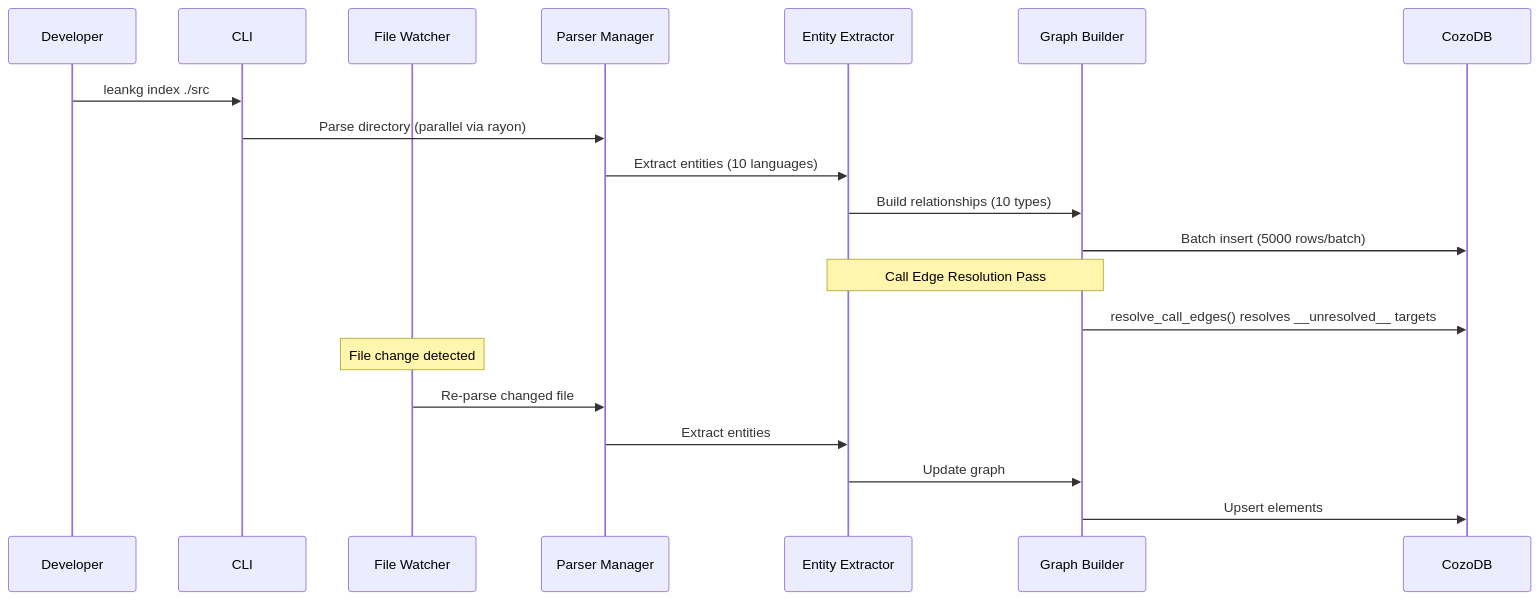
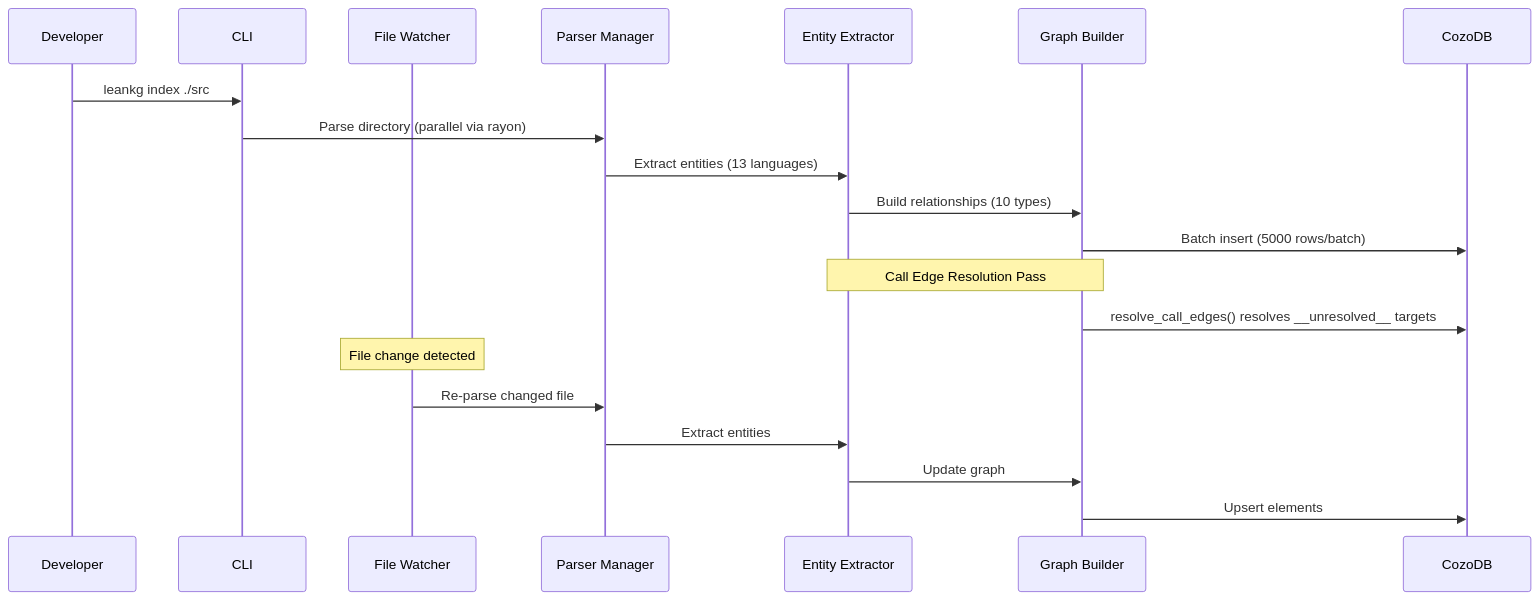
The fifth of 13 diagrams in docs/erd.md (FreePeak/LeanKG), drawn with Mermaid before and after one commit. The commit also changed other lines of this file and 3 other files, not shown here.

````diff
--- a/docs/erd.md
+++ b/docs/erd.md
@@ -418,25 +418,25 @@
 ```mermaid
 sequenceDiagram
     participant Dev as Developer
     participant CLI as CLI
     participant Watch as File Watcher
     participant Parse as Parser Manager
     participant Extract as Entity Extractor
     participant Build as Graph Builder
     participant DB as CozoDB
 
     Dev->>CLI: leankg index ./src
     CLI->>Parse: Parse directory (parallel via rayon)
-    Parse->>Extract: Extract entities (10 languages)
+    Parse->>Extract: Extract entities (13 languages)
     Extract->>Build: Build relationships (10 types)
     Build->>DB: Batch insert (5000 rows/batch)
     
     Note over Extract,Build: Call Edge Resolution Pass
     Build->>DB: resolve_call_edges() resolves __unresolved__ targets
     
     Note over Watch: File change detected
     Watch->>Parse: Re-parse changed file
     Parse->>Extract: Extract entities
     Extract->>Build: Update graph
     Build->>DB: Upsert elements
 ```
````
